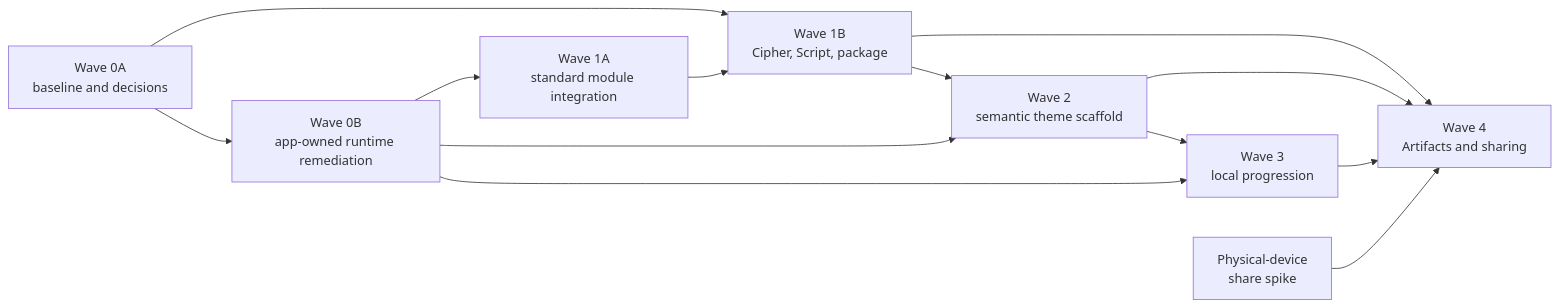
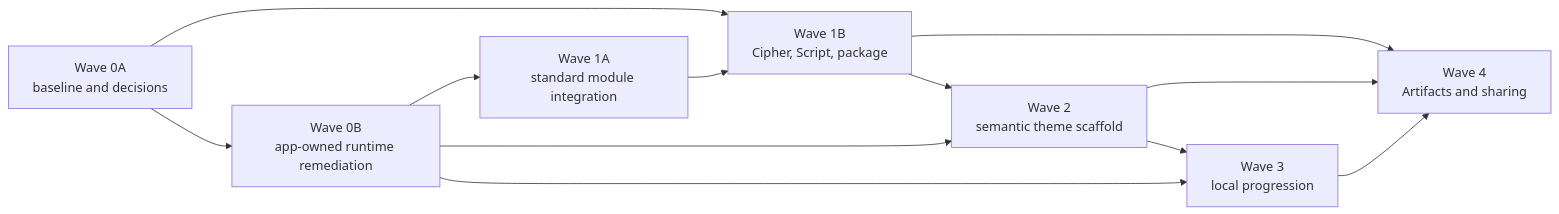
Before and after one commit to flynn33/rune-scribe: the diagram in docs/architecture/RoadmapAlignment.md, drawn with Mermaid. The commit also changed other lines of this file and 36 other files, not shown here.

````diff
--- a/docs/architecture/RoadmapAlignment.md
+++ b/docs/architecture/RoadmapAlignment.md
@@ -77,15 +82,14 @@
 ```mermaid
 flowchart LR
     BAS["Wave 0A<br/>baseline and decisions"] --> FOR["Wave 0B<br/>app-owned runtime remediation"]
     BAS --> DOM["Wave 1B<br/>Cipher, Script, package"]
     FOR --> MOD["Wave 1A<br/>standard module integration"]
     MOD --> DOM
     DOM --> THM["Wave 2<br/>semantic theme scaffold"]
     FOR --> THM
     THM --> PRO["Wave 3<br/>local progression"]
     FOR --> PRO
     DOM --> SHR["Wave 4<br/>Artifacts and sharing"]
     THM --> SHR
     PRO --> SHR
-    DEVICE["Physical-device<br/>share spike"] --> SHR
 ```
````
